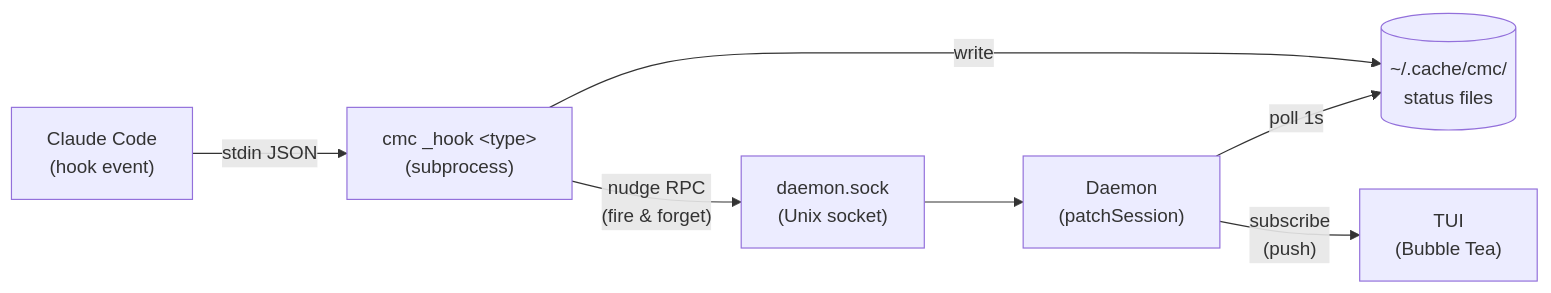
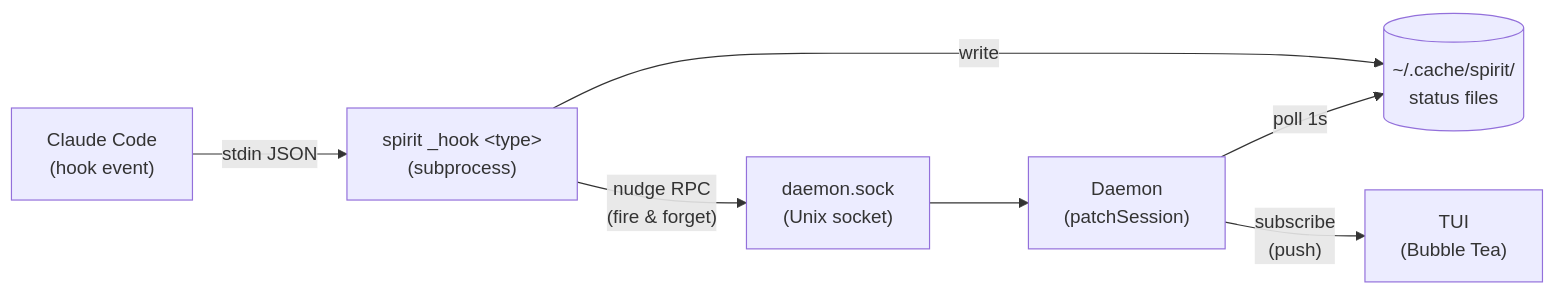
The first of 15 diagrams in docs/hooks.md (huylenq/spirit), drawn with Mermaid before and after one commit. The commit also changed other lines of this file and 99 other files, not shown here.

First line of the commit message:
refactor: rebrand claude-mission-control/cmc to spirit

````diff
--- a/docs/hooks.md
+++ b/docs/hooks.md
@@ -5,16 +5,16 @@
 ```mermaid
 flowchart LR
     CC["Claude Code<br/>(hook event)"]
-    Hook["cmc _hook &lt;type&gt;<br/>(subprocess)"]
-    Files[("~/.cache/cmc/<br/>status files")]
+    Hook["spirit _hook &lt;type&gt;<br/>(subprocess)"]
+    Files[("~/.cache/spirit/<br/>status files")]
     Sock["daemon.sock<br/>(Unix socket)"]
     Daemon["Daemon<br/>(patchSession)"]
     TUI["TUI<br/>(Bubble Tea)"]
 
     CC -- "stdin JSON" --> Hook
     Hook -- "write" --> Files
     Hook -- "nudge RPC<br/>(fire & forget)" --> Sock
     Sock --> Daemon
     Daemon -- "subscribe<br/>(push)" --> TUI
     Daemon -- "poll 1s" --> Files
 ```
````
